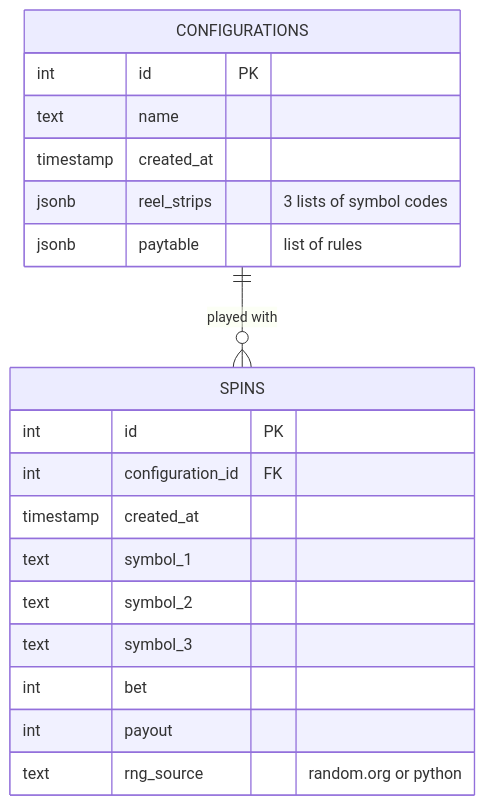
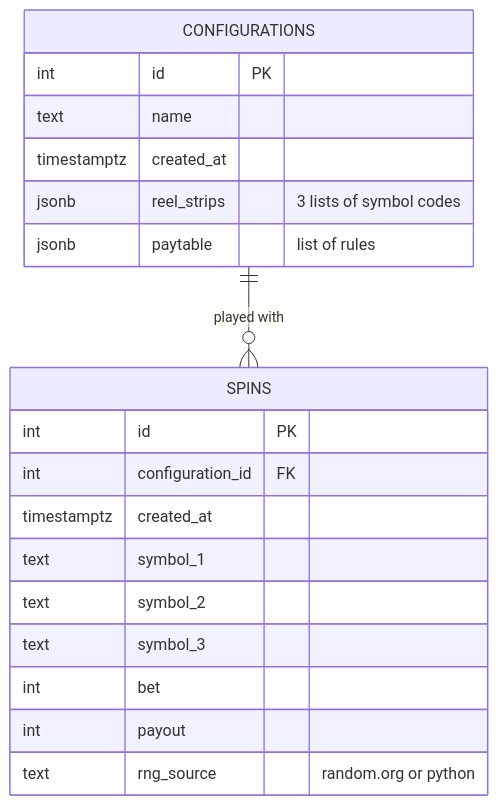
The third of 5 diagrams in docs/architecture.md (iceangel79/Slot_Machine), drawn with Mermaid before and after one commit. The commit also changed other lines of this file and 7 other files, not shown here.

Commit message:
Complete README and update architecture, requirements and decisions

````diff
--- a/docs/architecture.md
+++ b/docs/architecture.md
@@ -48,24 +67,24 @@
 ```mermaid
 erDiagram
     CONFIGURATIONS ||--o{ SPINS : "played with"
 
     CONFIGURATIONS {
         int id PK
         text name
-        timestamp created_at
+        timestamptz created_at
         jsonb reel_strips "3 lists of symbol codes"
         jsonb paytable "list of rules"
     }
 
     SPINS {
         int id PK
         int configuration_id FK
-        timestamp created_at
+        timestamptz created_at
         text symbol_1
         text symbol_2
         text symbol_3
         int bet
         int payout
         text rng_source "random.org or python"
     }
 ```
````
